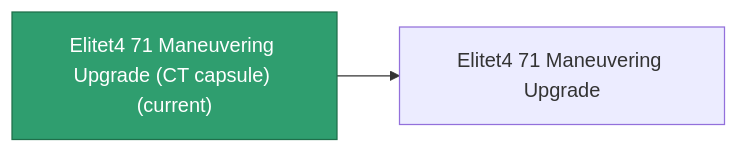
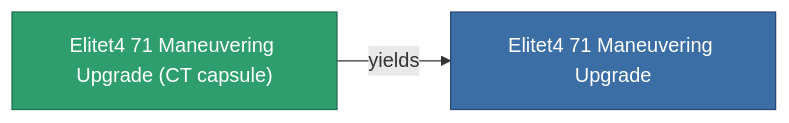
Before and after one commit to OpenPerpetuum/Wiki: the diagram in content/content/items/elitet4_71_maneuvering_upgrade_CT_capsule.md, drawn with Mermaid. The commit also changed other lines of this file and 2015 other files, not shown here.

````diff
--- a/content/content/items/elitet4_71_maneuvering_upgrade_CT_capsule.md
+++ b/content/content/items/elitet4_71_maneuvering_upgrade_CT_capsule.md
@@ -33,8 +33,9 @@
 ```mermaid
 graph LR
-    a["Elitet4 71 Maneuvering Upgrade (CT capsule) (current)"]:::current
-    b["Elitet4 71 Maneuvering Upgrade"]
-    a --> b
-    click b "/content/items/elitet4-71-maneuvering-upgrade/" "Elitet4 71 Maneuvering Upgrade"
+    a["Elitet4 71 Maneuvering Upgrade (CT capsule)"]:::current
+    b["Elitet4 71 Maneuvering Upgrade"]:::finished
+    a -->|yields| b
+                click b "/content/items/elitet4-71-maneuvering-upgrade/" "Elitet4 71 Maneuvering Upgrade"
     classDef current fill:#2f9e6f,stroke:#1f6f4a,color:#ffffff
+    classDef finished fill:#3b6ea5,stroke:#274a75,color:#ffffff
 ```
````
